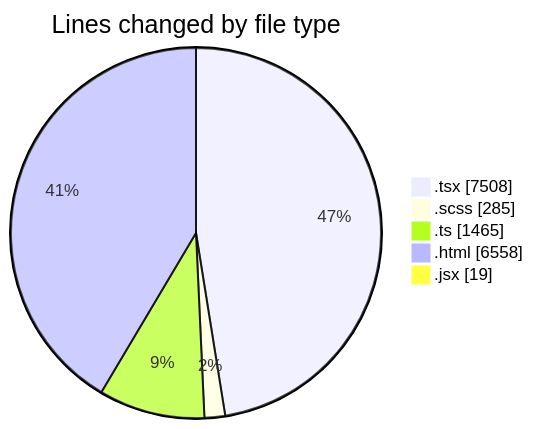
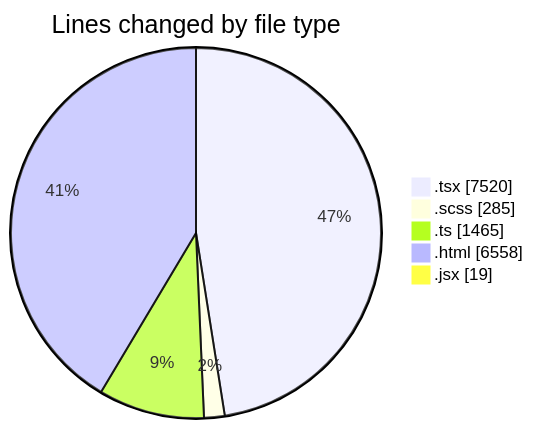
One commit to momahboobian/code-tracking changed the first of 2 diagrams in 2026-02-25/cda/README.md. Above: the diagram before and after it, drawn with Mermaid. The commit also changed other lines of this file and 1 other file, not shown here.

````diff
--- a/2026-02-25/cda/README.md
+++ b/2026-02-25/cda/README.md
@@ -28,9 +28,9 @@
 ```mermaid
 pie showData
 title Lines changed by file type
-".tsx" : 7508
+".tsx" : 7520
 ".scss" : 285
 ".ts" : 1465
 ".html" : 6558
 ".jsx" : 19
 ```
````
